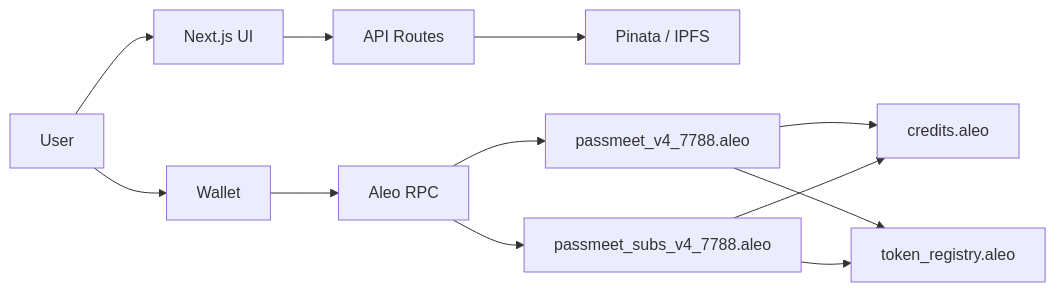
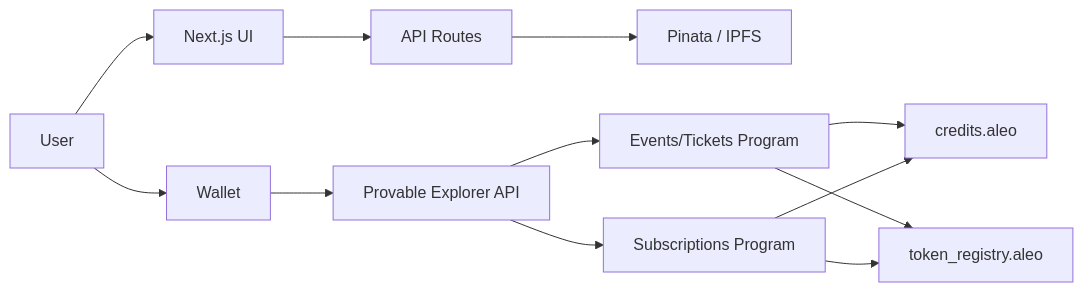
Before and after one commit to gokudragoo/PassMeet: the diagram in README.md, drawn with Mermaid. The commit also changed other lines of this file and 10 other files, not shown here.

Commit message:
feat: introduce Aleo subscription smart contract with multi-currency payment options and supporting RPC utilities.

````diff
--- a/README.md
+++ b/README.md
@@ -100,14 +106,14 @@
 ```mermaid
 flowchart LR
   U["User"] --> W["Wallet"]
   U --> UI["Next.js UI"]
   UI --> API["API Routes"]
   API --> IPFS["Pinata / IPFS"]
-  W --> RPC["Aleo RPC"]
-  RPC --> A1["passmeet_v4_7788.aleo"]
-  RPC --> A2["passmeet_subs_v4_7788.aleo"]
+  W --> RPC["Provable Explorer API"]
+  RPC --> A1["Events/Tickets Program"]
+  RPC --> A2["Subscriptions Program"]
   A1 --> CR["credits.aleo"]
   A1 --> TR["token_registry.aleo"]
   A2 --> CR
   A2 --> TR
 ```
````
